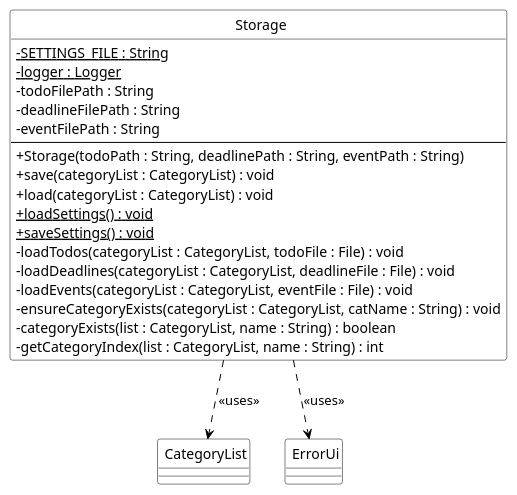
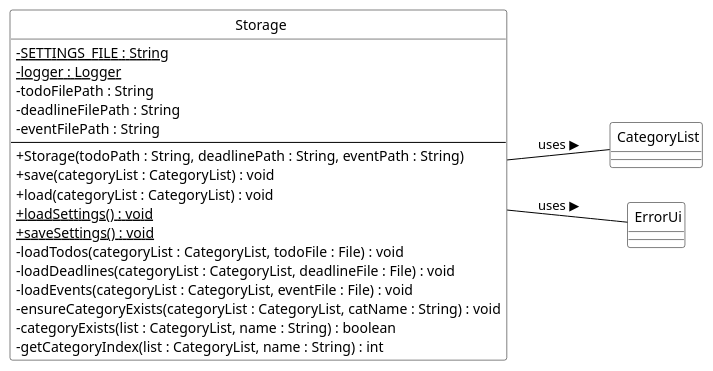
The diagram in docs/puml/StorageClassDiagram.puml (sushmiithaa/tp), drawn with PlantUML before and after one commit. The commit also changed 4 other files, not shown here.

Commit message:
Updated UML to adhere to standards

```diff
--- a/docs/puml/StorageClassDiagram.puml
+++ b/docs/puml/StorageClassDiagram.puml
@@ -1,44 +1,45 @@
 @startuml Storage
 
+left to right direction
 skinparam classAttributeIconSize 0
 skinparam CircledCharacterFontSize 0
 skinparam CircledCharacterRadius 0
 skinparam class {
     BackgroundColor White
     BorderColor Black
     ArrowColor Black
 }
 
 
 
 class Storage {
     - SETTINGS_FILE : String {static}
     - logger : Logger {static}
     - todoFilePath : String
     - deadlineFilePath : String
     - eventFilePath : String
     --
     + Storage(todoPath : String, deadlinePath : String, eventPath : String)
     + save(categoryList : CategoryList) : void
     + load(categoryList : CategoryList) : void
     + loadSettings() : void {static}
     + saveSettings() : void {static}
     - loadTodos(categoryList : CategoryList, todoFile : File) : void
     - loadDeadlines(categoryList : CategoryList, deadlineFile : File) : void
     - loadEvents(categoryList : CategoryList, eventFile : File) : void
     - ensureCategoryExists(categoryList : CategoryList, catName : String) : void
     - categoryExists(list : CategoryList, name : String) : boolean
     - getCategoryIndex(list : CategoryList, name : String) : int
 }
 
 
 class CategoryList
 
 
 class ErrorUi
 
 
-Storage ..> CategoryList : <<uses>>
-Storage ..> ErrorUi     : <<uses>>
+Storage -- CategoryList : uses ▶
+Storage -- ErrorUi     : uses ▶
 
 @enduml
```
